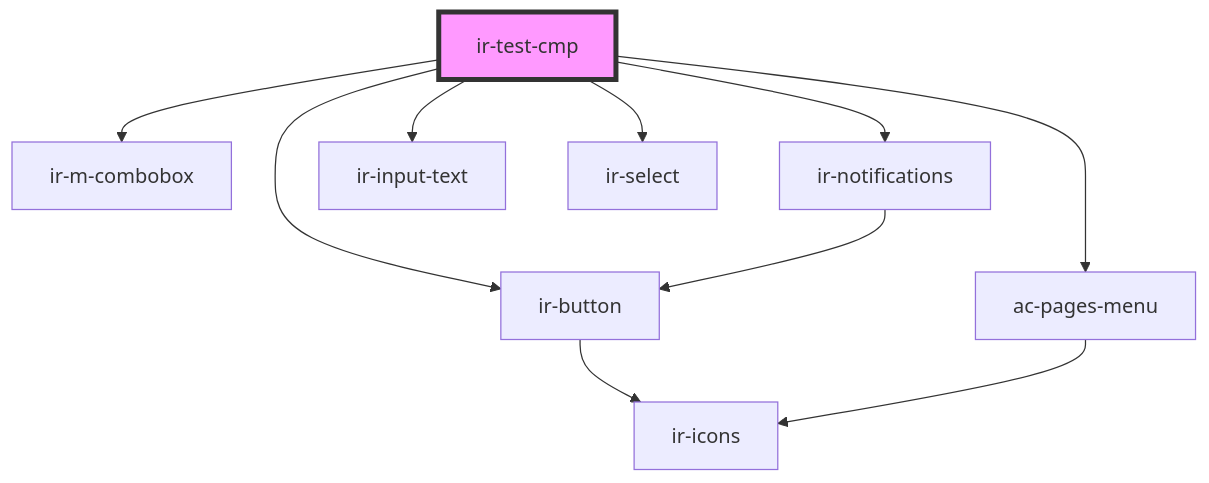
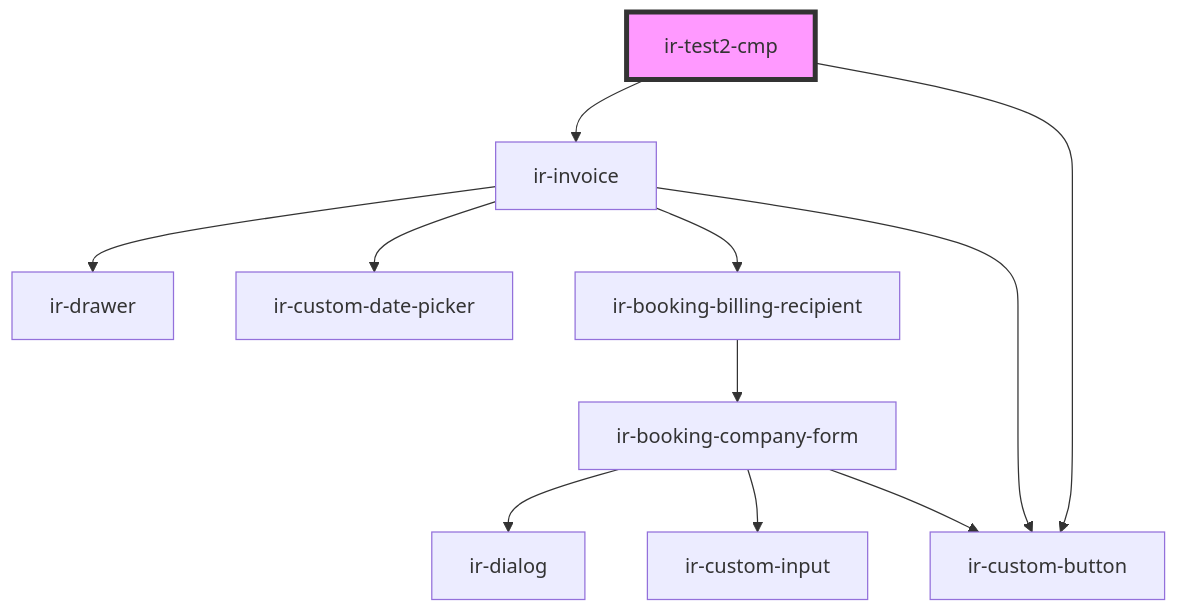
Before and after one commit to RonyRizk/ir-webcmp: the diagram in src/components/ir-test-cmp/readme.md, drawn with Mermaid. The commit also changed other lines of this file and 59 other files, not shown here.

````diff
--- a/src/components/ir-test-cmp/readme.md
+++ b/src/components/ir-test-cmp/readme.md
@@ -20,13 +16,14 @@
 ```mermaid
 graph TD;
-  ir-test-cmp --> ir-m-combobox
-  ir-test-cmp --> ir-notifications
-  ir-test-cmp --> ac-pages-menu
-  ir-test-cmp --> ir-input-text
-  ir-test-cmp --> ir-select
-  ir-test-cmp --> ir-button
-  ir-notifications --> ir-button
-  ir-button --> ir-icons
-  ac-pages-menu --> ir-icons
-  style ir-test-cmp fill:#f9f,stroke:#333,stroke-width:4px
+  ir-test2-cmp --> ir-custom-button
+  ir-test2-cmp --> ir-invoice
+  ir-invoice --> ir-drawer
+  ir-invoice --> ir-custom-date-picker
+  ir-invoice --> ir-booking-billing-recipient
+  ir-invoice --> ir-custom-button
+  ir-booking-billing-recipient --> ir-booking-company-form
+  ir-booking-company-form --> ir-dialog
+  ir-booking-company-form --> ir-custom-input
+  ir-booking-company-form --> ir-custom-button
+  style ir-test2-cmp fill:#f9f,stroke:#333,stroke-width:4px
 ```
````
